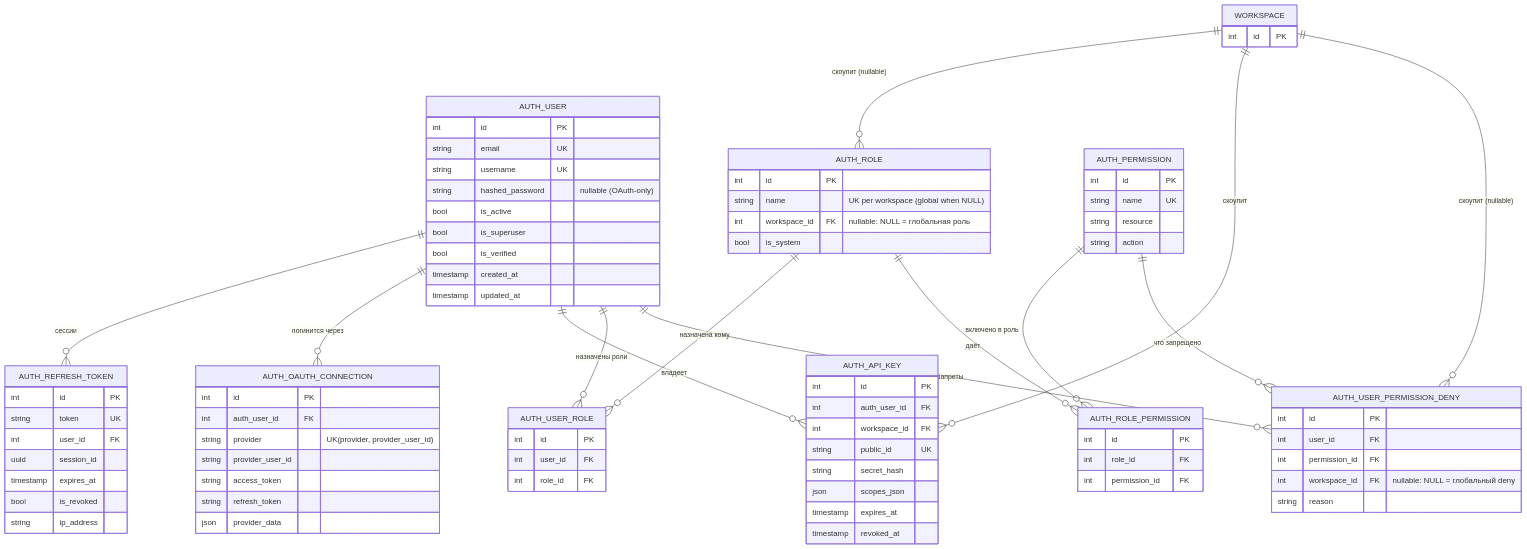
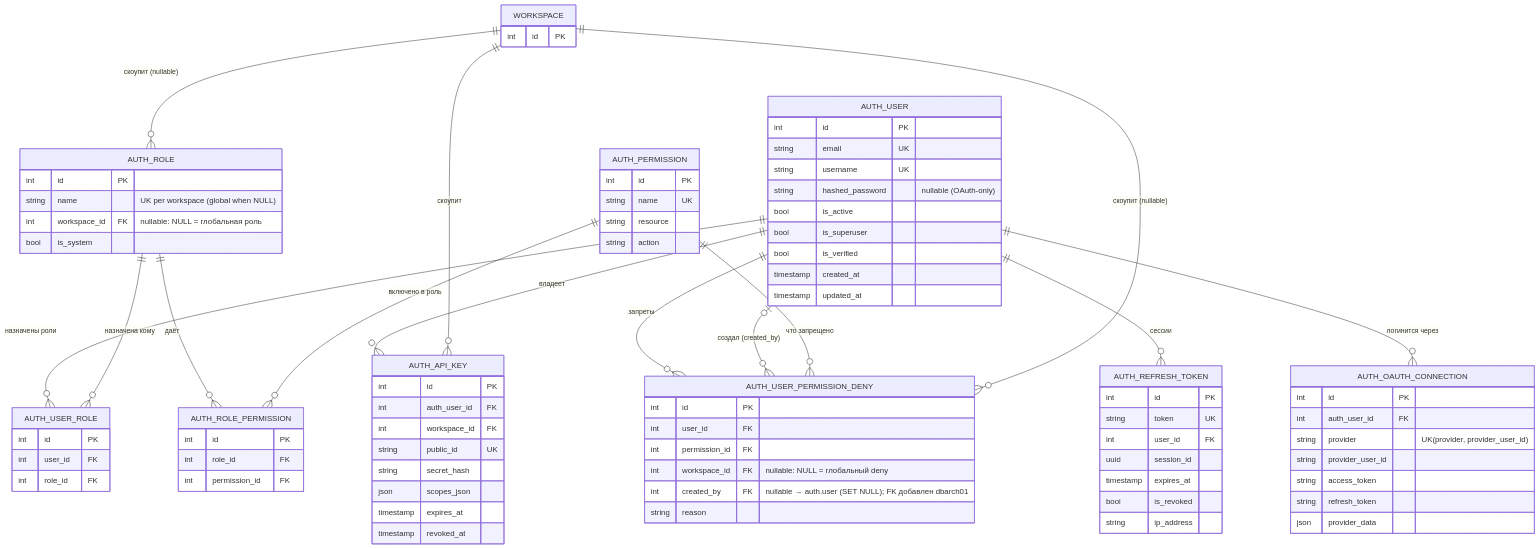
One commit to CraazzzyyFoxx/overwatch-tournaments changed the second of 13 diagrams in docs/database_erd.md. Above: the diagram before and after it, drawn with Mermaid. The commit also changed other lines of this file and 1 other file, not shown here.

First line of the commit message:
docs(erd): update DB schema ERD to final state (dbarch06)

```diff
--- a/docs/database_erd.md
+++ b/docs/database_erd.md
@@ -189,6 +202,7 @@
         int user_id FK
         int permission_id FK
         int workspace_id FK "nullable: NULL = глобальный deny"
+        int created_by FK "nullable → auth.user (SET NULL); FK добавлен dbarch01"
         string reason
     }
     WORKSPACE {
@@ -203,6 +217,7 @@
     AUTH_ROLE ||--o{ AUTH_ROLE_PERMISSION : "даёт"
     AUTH_PERMISSION ||--o{ AUTH_ROLE_PERMISSION : "включено в роль"
     AUTH_USER ||--o{ AUTH_USER_PERMISSION_DENY : "запреты"
+    AUTH_USER |o--o{ AUTH_USER_PERMISSION_DENY : "создал (created_by)"
     AUTH_PERMISSION ||--o{ AUTH_USER_PERMISSION_DENY : "что запрещено"
     WORKSPACE ||--o{ AUTH_ROLE : "скоупит (nullable)"
     WORKSPACE ||--o{ AUTH_API_KEY : "скоупит"
```
